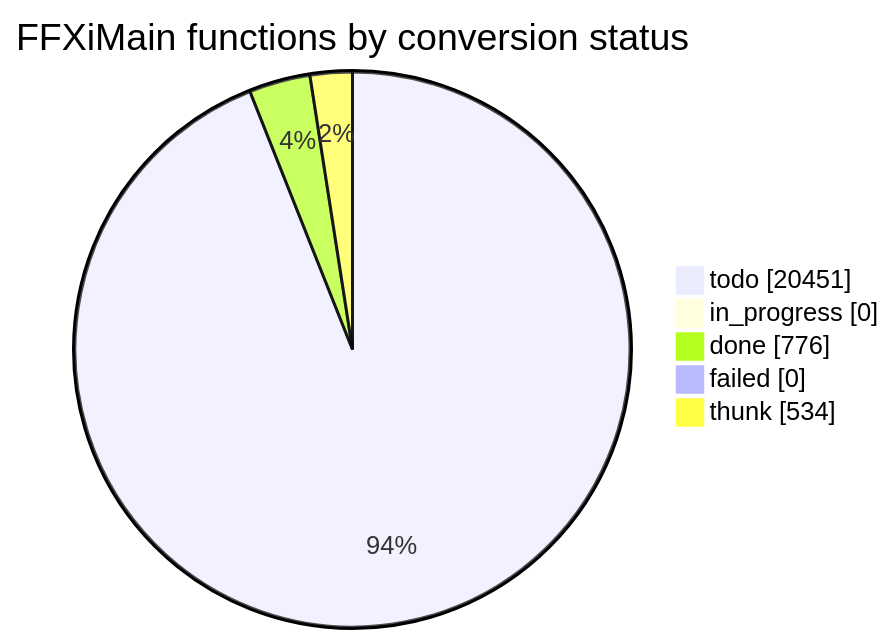
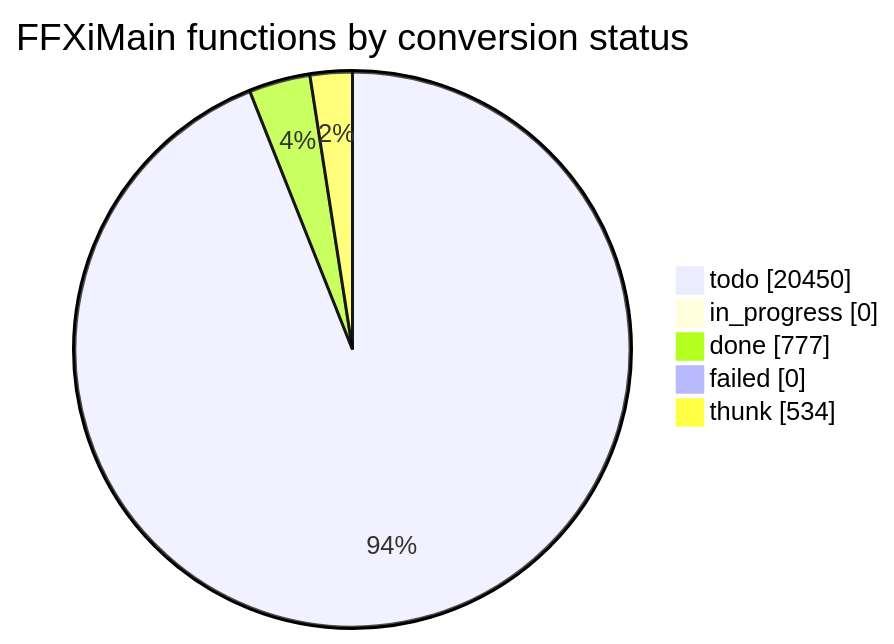
The diagram in docs/cow/STATUS.md (cowrevenge/cow_kuluu_xi_anything), drawn with Mermaid before and after one commit. The commit also changed other lines of this file and 9 other files, not shown here.

````diff
--- a/docs/cow/STATUS.md
+++ b/docs/cow/STATUS.md
@@ -18,9 +18,9 @@
 ```mermaid
 pie showData
     title FFXiMain functions by conversion status
-    "todo" : 20451
+    "todo" : 20450
     "in_progress" : 0
-    "done" : 776
+    "done" : 777
     "failed" : 0
     "thunk" : 534
 ```
````
